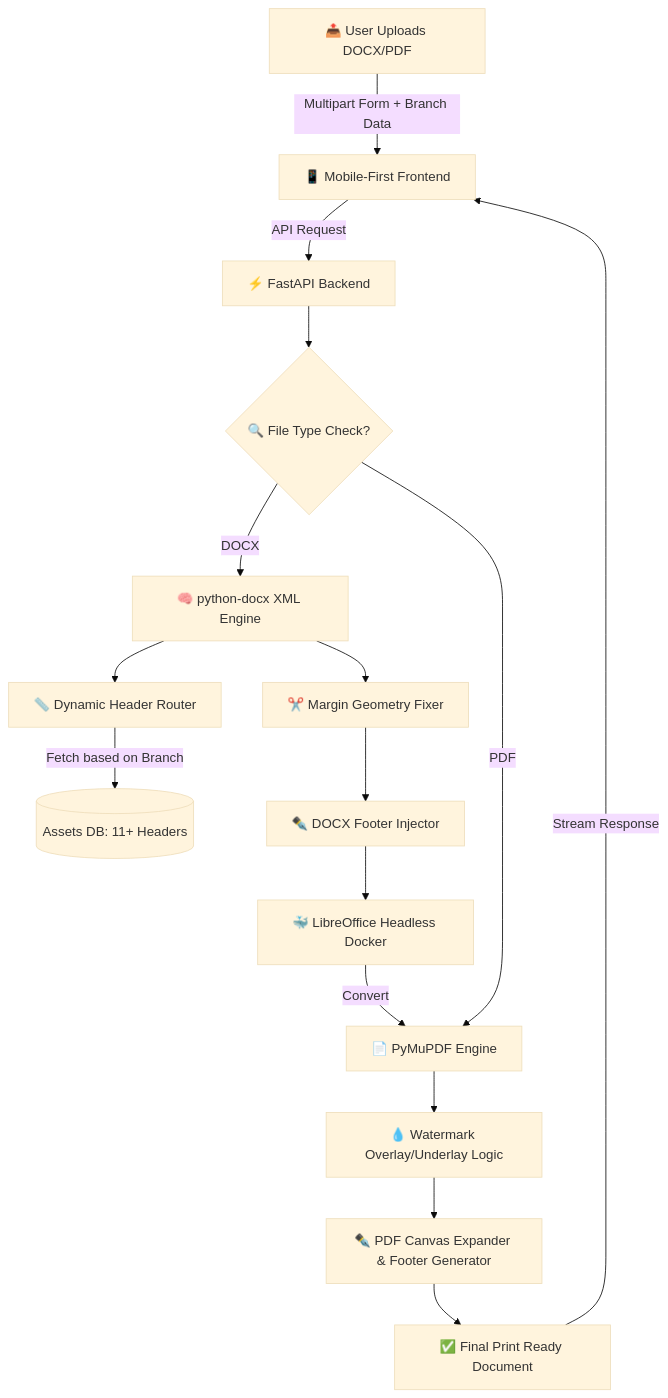
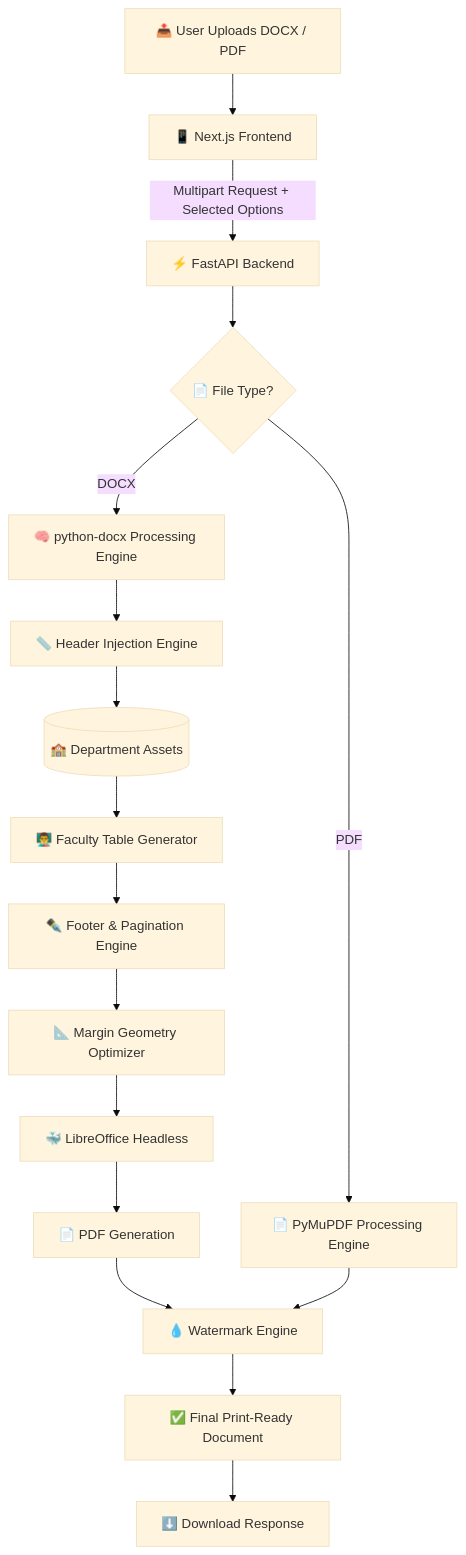
Before and after one commit to vshivam1729/LabDoc-AI-Showcase: the diagram in README.md, drawn with Mermaid (base theme). The commit also changed other lines of this file, not shown here.

````diff
--- a/README.md
+++ b/README.md
@@ -140,27 +236,42 @@
 ```mermaid
 flowchart TD
-    subclass_UI[📱 Mobile-First Frontend]
-    
-    A[📤 User Uploads DOCX/PDF] -->|Multipart Form + Branch Data| subclass_UI
-    subclass_UI -->|API Request| B[⚡ FastAPI Backend]
-    
-    B --> C{🔍 File Type Check?}
-    
-    C -->|DOCX| D[🧠 python-docx XML Engine]
-    C -->|PDF| E[📄 PyMuPDF Engine]
-    
-    D --> F[📏 Dynamic Header Router]
-    F -->|Fetch based on Branch| G[(Assets DB: 11+ Headers)]
-    
-    D --> H[✂️ Margin Geometry Fixer]
-    H --> I[✒️ DOCX Footer Injector]
-    
-    I --> J[🐳 LibreOffice Headless Docker]
-    J -->|Convert| E
-    
-    E --> K[💧 Watermark Overlay/Underlay Logic]
-    K --> L[✒️ PDF Canvas Expander & Footer Generator]
-    
-    L --> M[✅ Final Print Ready Document]
-    M -->|Stream Response| subclass_UI
+
+    A[📤 User Uploads DOCX / PDF]
+    A --> B[📱 Next.js Frontend]
+
+    B -->|Multipart Request + Selected Options| C[⚡ FastAPI Backend]
+
+    C --> D{📄 File Type?}
+
+    %% ---------------- DOCX PIPELINE ----------------
+
+    D -->|DOCX| E[🧠 python-docx Processing Engine]
+
+    E --> F[📏 Header Injection Engine]
+
+    F --> G[(🏫 Department Assets)]
+
+    G --> H[👨‍🏫 Faculty Table Generator]
+
+    H --> I[✒️ Footer & Pagination Engine]
+
+    I --> J[📐 Margin Geometry Optimizer]
+
+    J --> K[🐳 LibreOffice Headless]
+
+    K --> L[📄 PDF Generation]
+
+    %% ---------------- PDF PIPELINE ----------------
+
+    D -->|PDF| M[📄 PyMuPDF Processing Engine]
+
+    %% ---------------- COMMON PIPELINE ----------------
+
+    L --> N[💧 Watermark Engine]
+
+    M --> N
+
+    N --> O[✅ Final Print-Ready Document]
+
+    O --> P[⬇️ Download Response]
 ```
````
